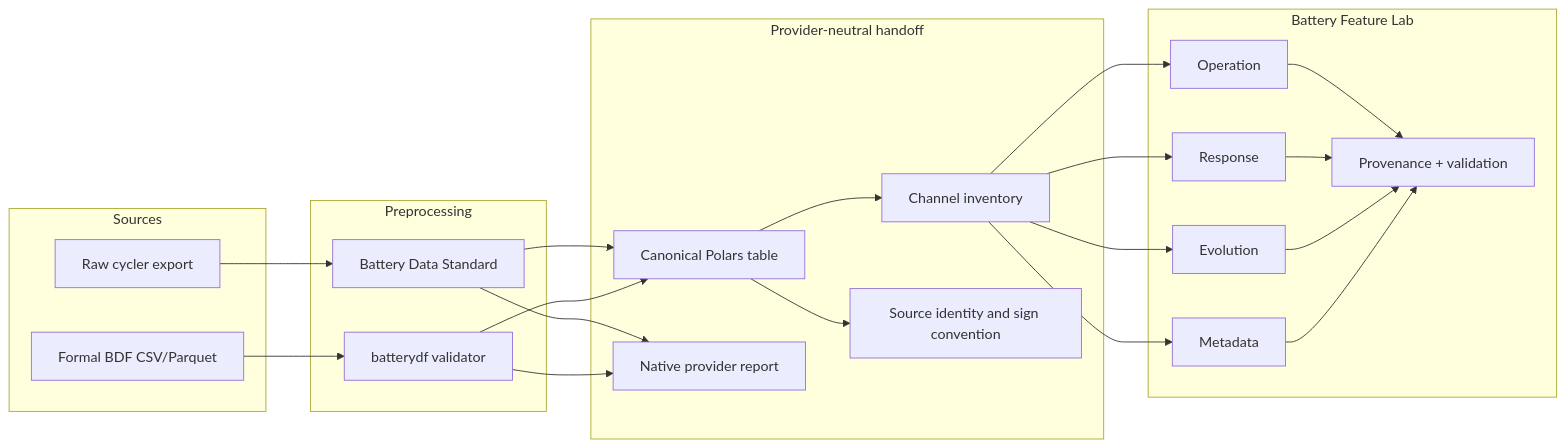
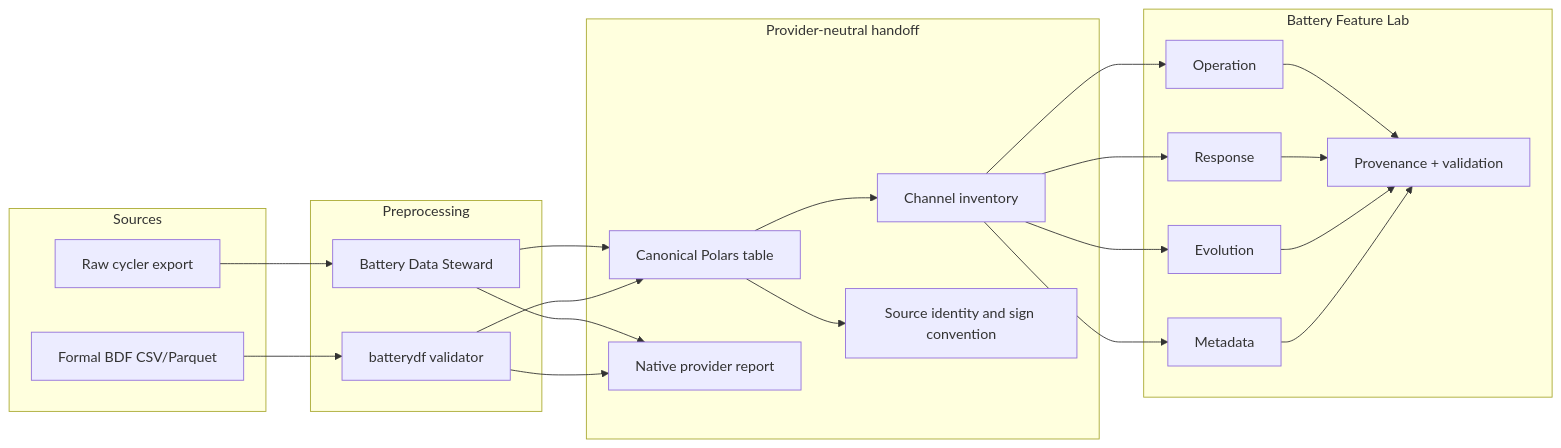
Before and after one commit to shiyunliu-battery/Battery-Feature-Lab: the first of 3 diagrams in docs/architecture.md, drawn with Mermaid. The commit also changed 16 other files, not shown here.

Commit message:
Migrate BDS dependency to released Battery Data Steward with provenance guards (#13)

````diff
--- a/docs/architecture.md
+++ b/docs/architecture.md
@@ -8,42 +8,42 @@
 ```mermaid
 flowchart LR
     subgraph Sources
         RAW[Raw cycler export]
         FBDF[Formal BDF CSV/Parquet]
     end
 
     subgraph Preprocessing
-        BDS[Battery Data Standard]
+        BDS[Battery Data Steward]
         BDF[batterydf validator]
     end
 
     subgraph Handoff[Provider-neutral handoff]
         T[Canonical Polars table]
         I[Channel inventory]
         R[Native provider report]
         S[Source identity and sign convention]
     end
 
     subgraph Analysis[Battery Feature Lab]
         O[Operation]
         RESP[Response]
         E[Evolution]
         M[Metadata]
         P[Provenance + validation]
     end
 
     RAW --> BDS --> T
     FBDF --> BDF --> T
     BDS --> R
     BDF --> R
     T --> I
     T --> S
     I --> O
     I --> RESP
     I --> E
     I --> M
     O --> P
     RESP --> P
     E --> P
     M --> P
 ```
````
